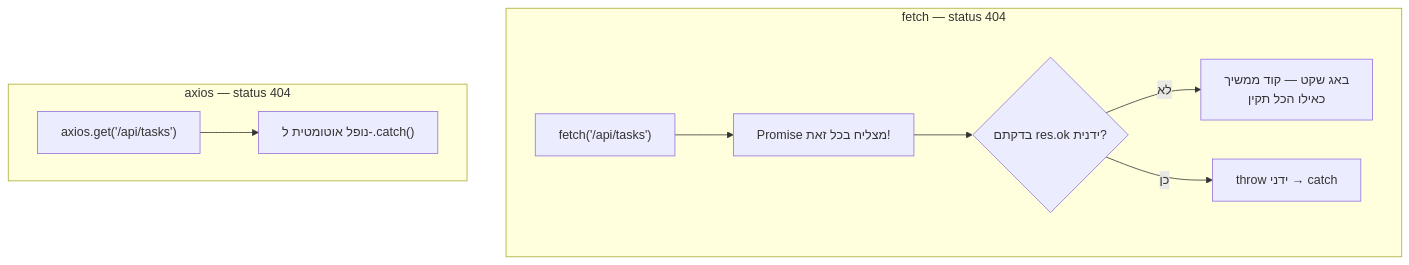
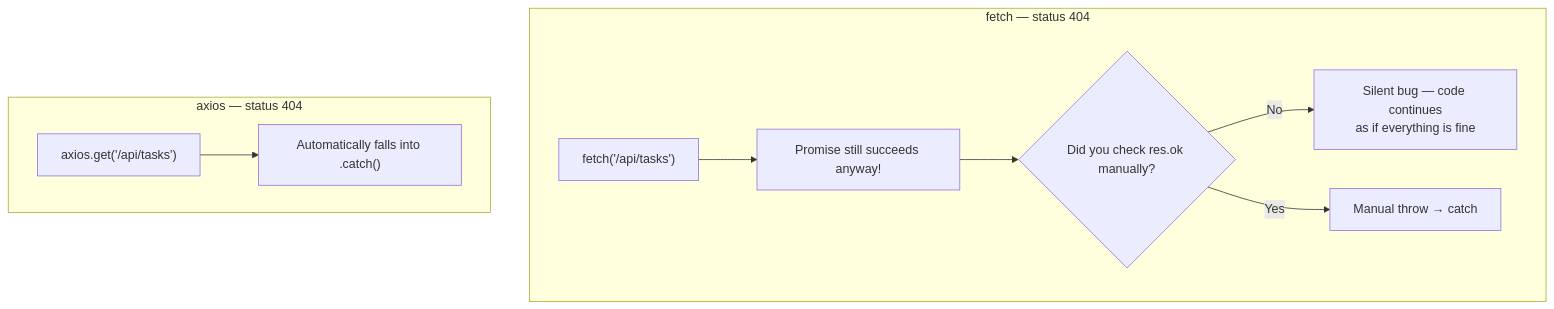
One commit to neriyaMalachi/FullStack_kodkode_5 changed the diagram in content/docs/react-server/102-fetch-vs-axios-content.md. Above: the diagram before and after it, drawn with Mermaid. The commit also changed other lines of this file and 117 other files, not shown here.

````diff
--- a/content/docs/react-server/102-fetch-vs-axios-content.md
+++ b/content/docs/react-server/102-fetch-vs-axios-content.md
@@ -52,12 +52,12 @@
 ```mermaid
 flowchart TD
     subgraph fetchFlow["fetch — status 404"]
-        F1["fetch('/api/tasks')"] --> F2["Promise מצליח בכל זאת!"]
-        F2 --> F3{"בדקתם res.ok ידנית?"}
-        F3 -->|"לא"| F4["באג שקט — קוד ממשיך<br/>כאילו הכל תקין"]
-        F3 -->|"כן"| F5["throw ידני → catch"]
+        F1["fetch('/api/tasks')"] --> F2["Promise still succeeds anyway!"]
+        F2 --> F3{"Did you check res.ok manually?"}
+        F3 -->|"No"| F4["Silent bug — code continues<br/>as if everything is fine"]
+        F3 -->|"Yes"| F5["Manual throw → catch"]
     end
     subgraph axiosFlow["axios — status 404"]
-        A1["axios.get('/api/tasks')"] --> A2["נופל אוטומטית ל-.catch()"]
+        A1["axios.get('/api/tasks')"] --> A2["Automatically falls into .catch()"]
     end
 ```
````
